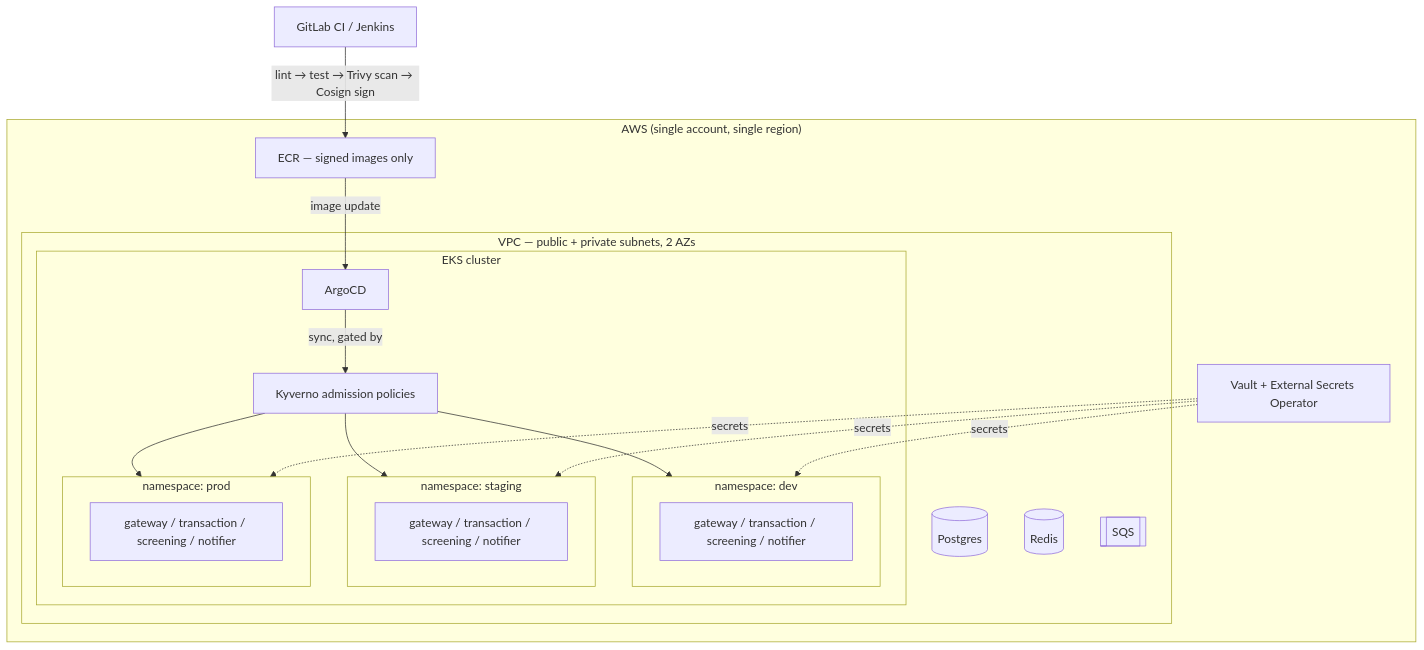
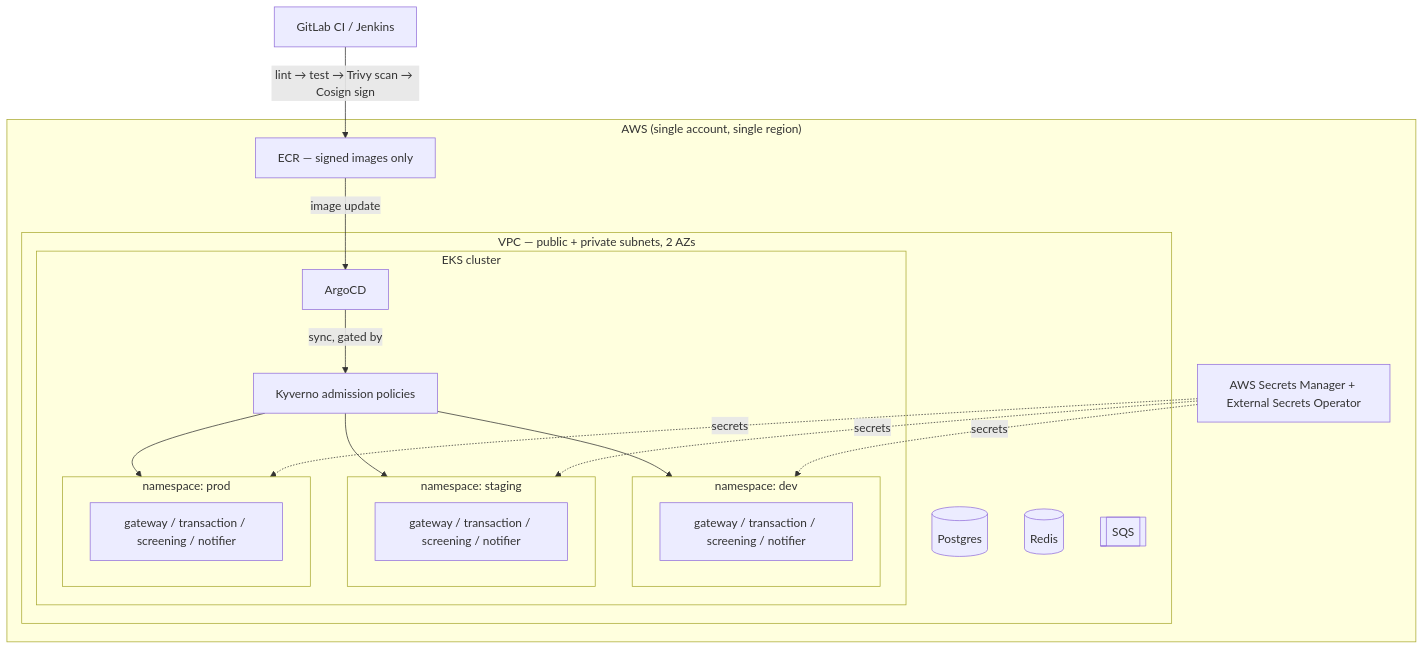
The fourth of 4 diagrams in architecture.md (thechawla225/complianceops), drawn with Mermaid before and after one commit. The commit also changed other lines of this file and 8 other files, not shown here.

````diff
--- a/architecture.md
+++ b/architecture.md
@@ -151,34 +154,34 @@
 ```mermaid
 graph TB
     subgraph AWS["AWS (single account, single region)"]
         subgraph VPC["VPC — public + private subnets, 2 AZs"]
             subgraph EKS["EKS cluster"]
                 subgraph NS1["namespace: dev"]
                     D1[gateway / transaction / screening / notifier]
                 end
                 subgraph NS2["namespace: staging"]
                     D2[gateway / transaction / screening / notifier]
                 end
                 subgraph NS3["namespace: prod"]
                     D3[gateway / transaction / screening / notifier]
                 end
                 ARGO[ArgoCD]
                 KYV[Kyverno admission policies]
             end
             RDS[(Postgres)]
             CACHE[(Redis)]
             SQS[[SQS]]
         end
         ECR[ECR — signed images only]
-        VAULT[Vault + External Secrets Operator]
+        VAULT[AWS Secrets Manager + External Secrets Operator]
     end
     CI[GitLab CI / Jenkins] -->|"lint → test → Trivy scan → Cosign sign"| ECR
     ECR -->|"image update"| ARGO
     ARGO -->|"sync, gated by"| KYV
     KYV --> NS1
     KYV --> NS2
     KYV --> NS3
     VAULT -.->|"secrets"| NS1
     VAULT -.->|"secrets"| NS2
     VAULT -.->|"secrets"| NS3
 ```
````
